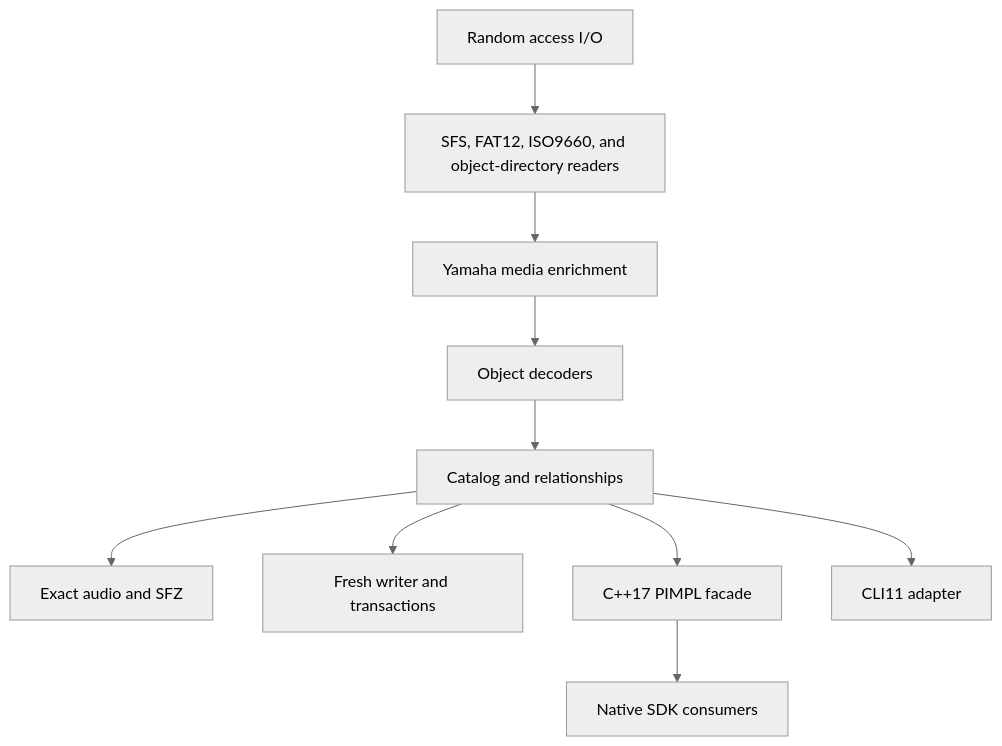
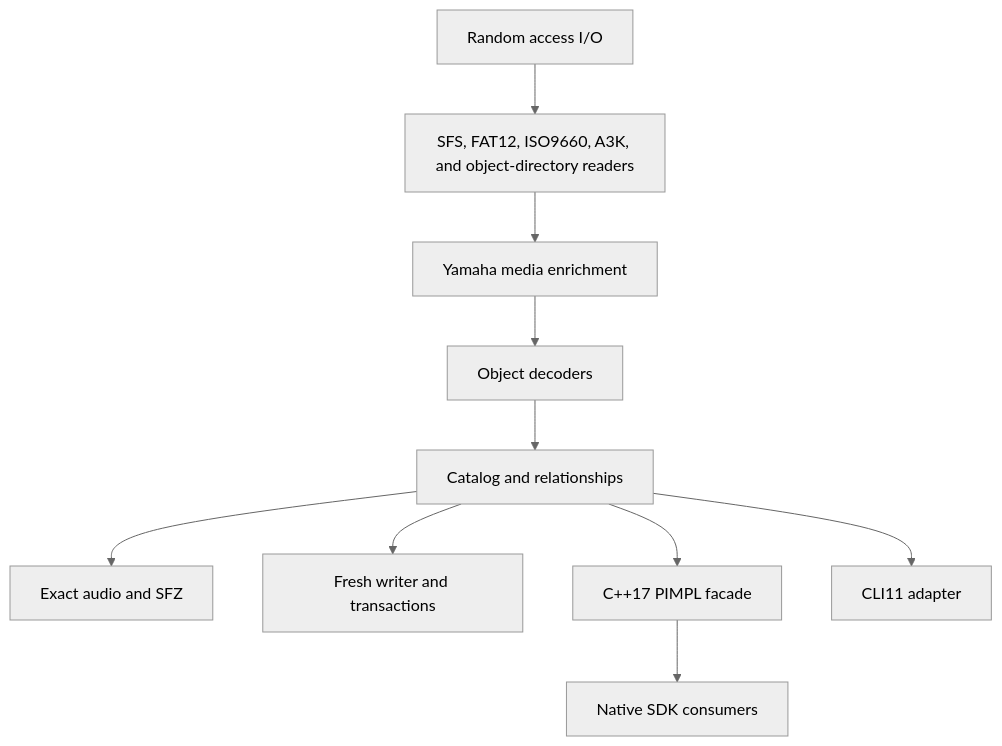
One commit to tphzz/axklib changed the diagram in docs/architecture.md. Above: the diagram before and after it, drawn with Mermaid (neutral theme). The commit also changed other lines of this file and 74 other files, not shown here.

````diff
--- a/docs/architecture.md
+++ b/docs/architecture.md
@@ -6,14 +6,14 @@
 ```mermaid
 flowchart TD
     accTitle: axklib architecture dependency flow
     accDescr: Random access input flows through media readers, Yamaha enrichment, object decoders, and the catalog. The catalog provides audio export, writing, the shared SDK facade, and the CLI adapter. Native consumers use the SDK.
-    IO[Random access I/O] --> Media[SFS, FAT12, ISO9660, and object-directory readers]
+    IO[Random access I/O] --> Media[SFS, FAT12, ISO9660, A3K, and object-directory readers]
     Media --> Yamaha[Yamaha media enrichment]
     Yamaha --> Objects[Object decoders]
     Objects --> Catalog[Catalog and relationships]
     Catalog --> Audio[Exact audio and SFZ]
     Catalog --> Writer[Fresh writer and transactions]
     Catalog --> SDK[C++17 PIMPL facade]
     Catalog --> CLI[CLI11 adapter]
     SDK --> Host[Native SDK consumers]
 ```
````
